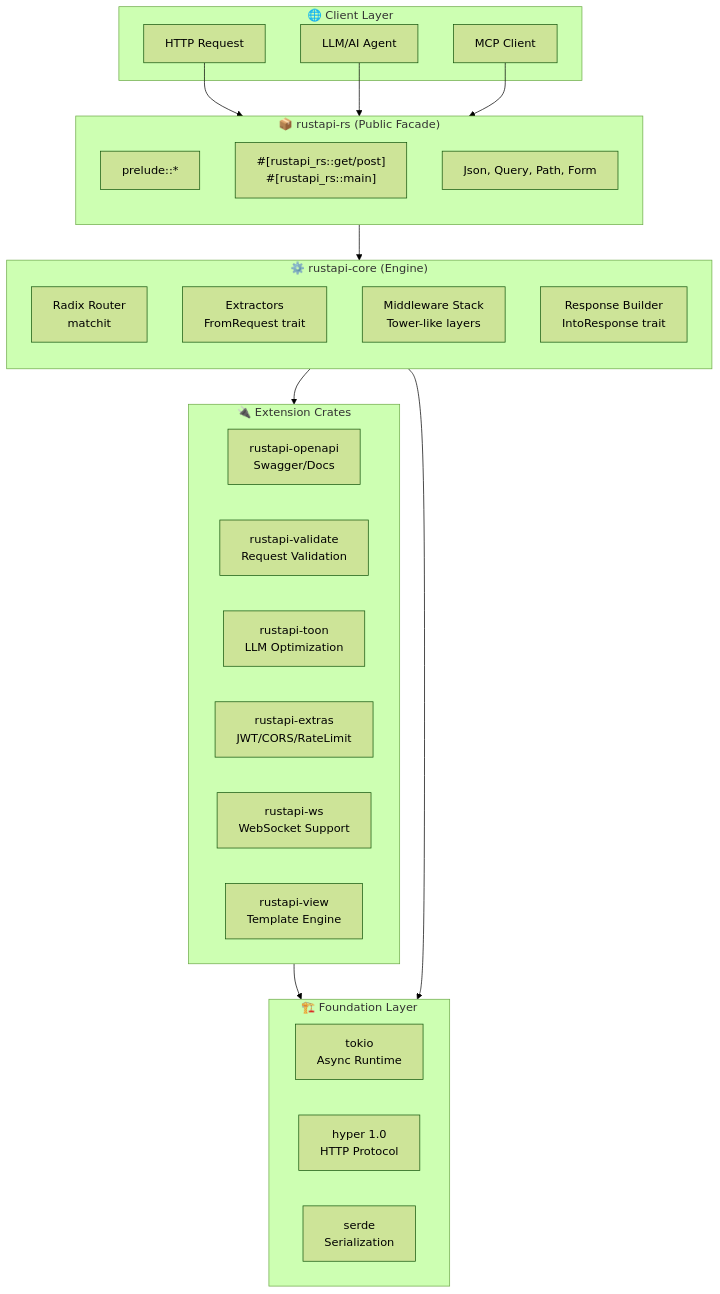
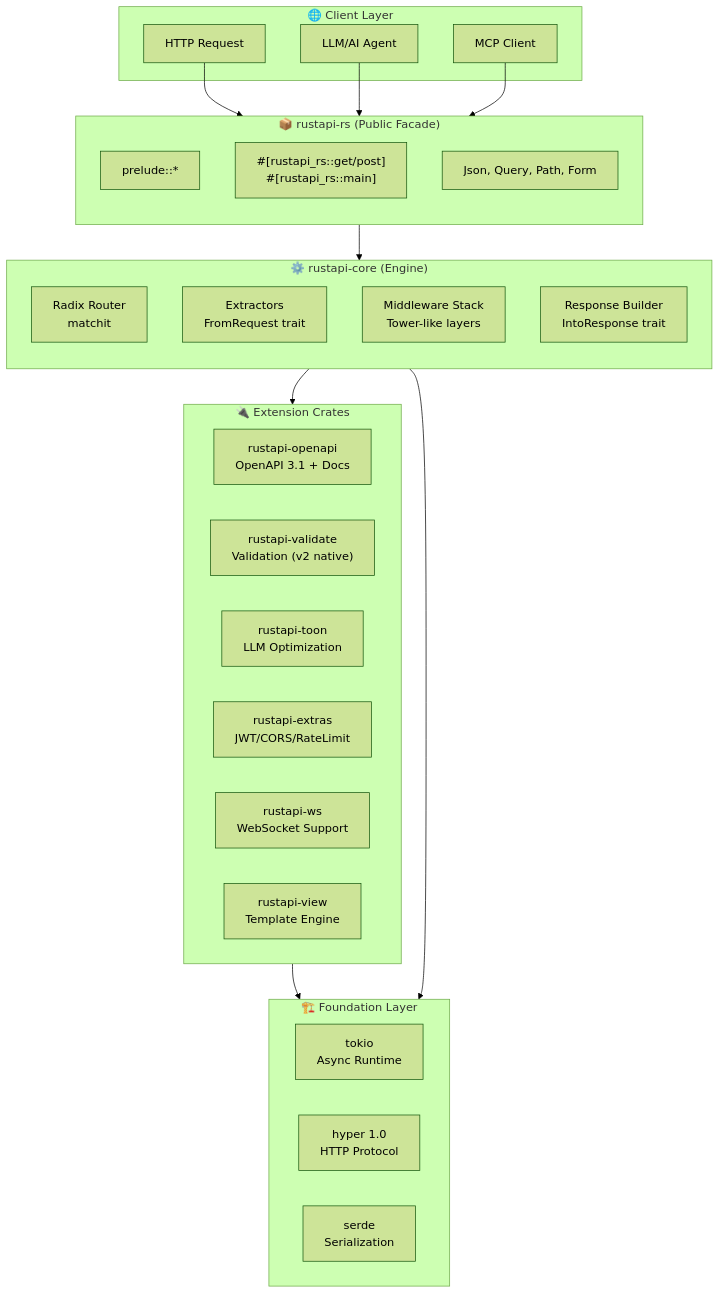
The first of 3 diagrams in docs/cookbook/src/architecture/system_overview.md (Tuntii/RustAPI), drawn with Mermaid (forest theme) before and after one commit. The commit also changed other lines of this file and 7 other files, not shown here.

````diff
--- a/docs/cookbook/src/architecture/system_overview.md
+++ b/docs/cookbook/src/architecture/system_overview.md
@@ -7,48 +7,48 @@
 ```mermaid
 graph TB
     subgraph Client["🌐 Client Layer"]
         HTTP[HTTP Request]
         LLM[LLM/AI Agent]
         MCP[MCP Client]
     end
 
     subgraph Public["📦 rustapi-rs (Public Facade)"]
         direction TB
         Prelude[prelude::*]
         Macros["#[rustapi_rs::get/post]<br>#[rustapi_rs::main]"]
         Types[Json, Query, Path, Form]
     end
 
     subgraph Core["⚙️ rustapi-core (Engine)"]
         direction TB
         Router[Radix Router<br>matchit]
         Extract[Extractors<br>FromRequest trait]
         MW[Middleware Stack<br>Tower-like layers]
         Resp[Response Builder<br>IntoResponse trait]
     end
 
     subgraph Extensions["🔌 Extension Crates"]
         direction LR
-        OpenAPI["rustapi-openapi<br>Swagger/Docs"]
-        Validate["rustapi-validate<br>Request Validation"]
+        OpenAPI["rustapi-openapi<br>OpenAPI 3.1 + Docs"]
+        Validate["rustapi-validate<br>Validation (v2 native)"]
         Toon["rustapi-toon<br>LLM Optimization"]
         Extras["rustapi-extras<br>JWT/CORS/RateLimit"]
         WsCrate["rustapi-ws<br>WebSocket Support"]
         ViewCrate["rustapi-view<br>Template Engine"]
     end
 
     subgraph Foundation["🏗️ Foundation Layer"]
         direction LR
         Tokio[tokio<br>Async Runtime]
         Hyper[hyper 1.0<br>HTTP Protocol]
         Serde[serde<br>Serialization]
     end
 
     HTTP --> Public
     LLM --> Public
     MCP --> Public
     Public --> Core
     Core --> Extensions
     Extensions --> Foundation
     Core --> Foundation
 ```
````
